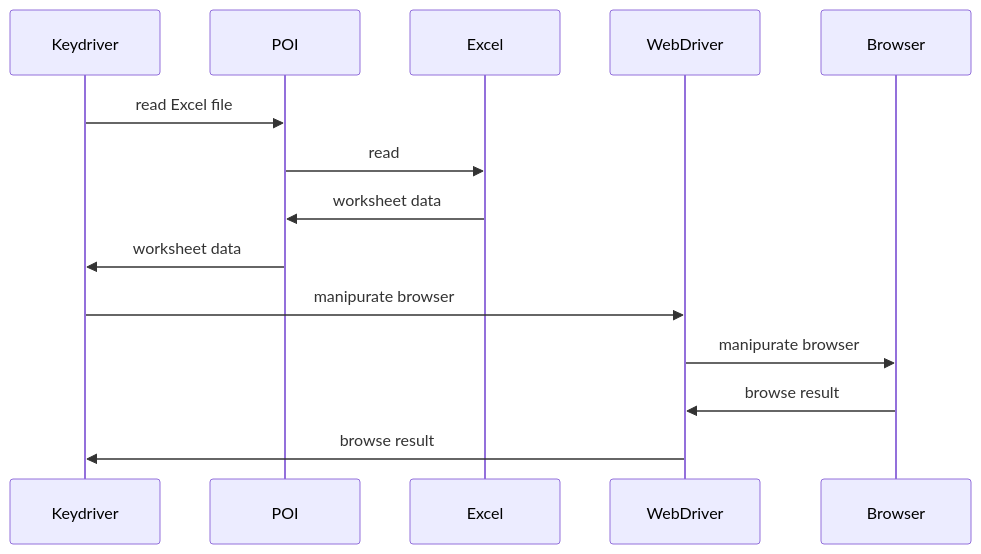
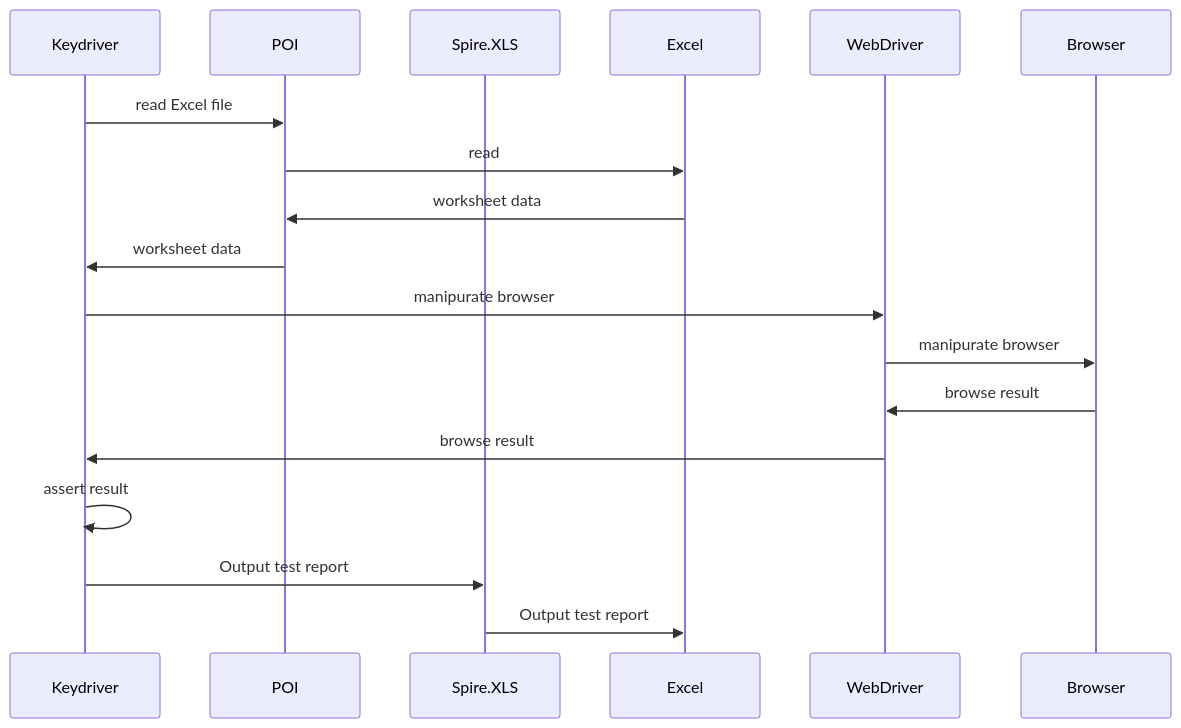
Before and after one commit to eyasuyuki/keydriver: the diagram in README.md, drawn with Mermaid. The commit also changed other lines of this file and 1 other file, not shown here.

Commit message:
add output settings to Config.md add output stuff to README.md

````diff
--- a/README.md
+++ b/README.md
@@ -6,11 +6,20 @@
 ```mermaid
 sequenceDiagram
+    participant Keydriver
+    participant POI
+    participant Spire.XLS
+    participant Excel
+    participant WebDriver
+    participant Browser
     Keydriver ->> POI: read Excel file
     POI ->> Excel: read
     Excel ->> POI: worksheet data
     POI ->> Keydriver: worksheet data
     Keydriver ->> WebDriver: manipurate browser
     WebDriver ->> Browser: manipurate browser
     Browser ->> WebDriver: browse result
-    WebDriver ->> Keydriver: browse result    
+    WebDriver ->> Keydriver: browse result
+    Keydriver ->> Keydriver: assert result
+    Keydriver ->> Spire.XLS: Output test report
+    Spire.XLS ->> Excel: Output test report
 ```
````
